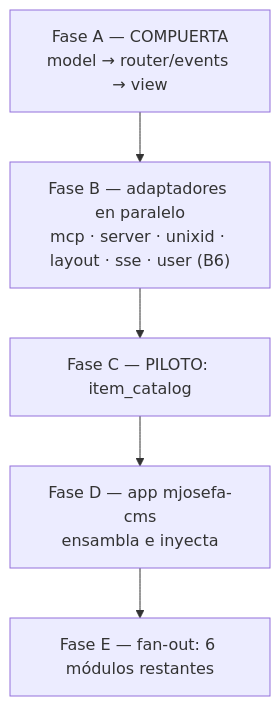
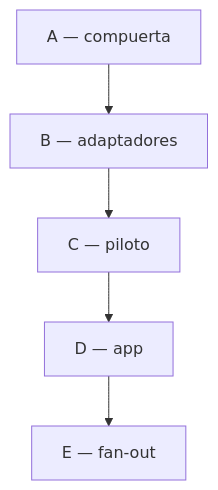
Before and after one commit to tinywasm/app: the first of 2 diagrams in docs/REUSABLE_MODULES_MASTER_PLAN.md, drawn with Mermaid. The commit also changed other lines of this file, not shown here.

````diff
--- a/docs/REUSABLE_MODULES_MASTER_PLAN.md
+++ b/docs/REUSABLE_MODULES_MASTER_PLAN.md
@@ -75,9 +59,4 @@
 ```mermaid
 flowchart TB
-    A["Fase A — COMPUERTA\nmodel → router/events → view"]
-    B["Fase B — adaptadores en paralelo\nmcp · server · unixid · layout · sse · user (B6)"]
-    C["Fase C — PILOTO: item_catalog"]
-    D["Fase D — app mjosefa-cms\nensambla e inyecta"]
-    E["Fase E — fan-out: 6 módulos restantes"]
-    A --> B --> C --> D --> E
+    A["A — compuerta"] --> B["B — adaptadores"] --> C["C — piloto"] --> D["D — app"] --> E["E — fan-out"]
 ```
````
